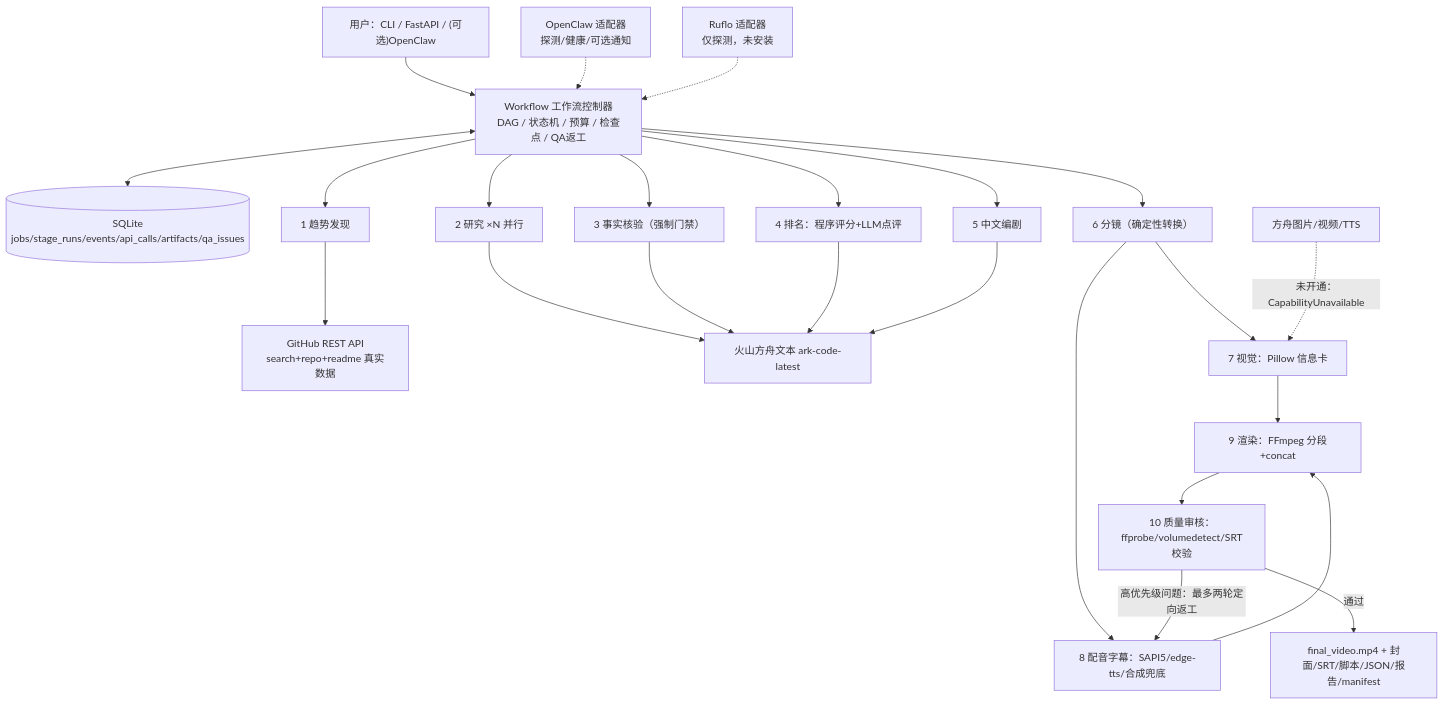
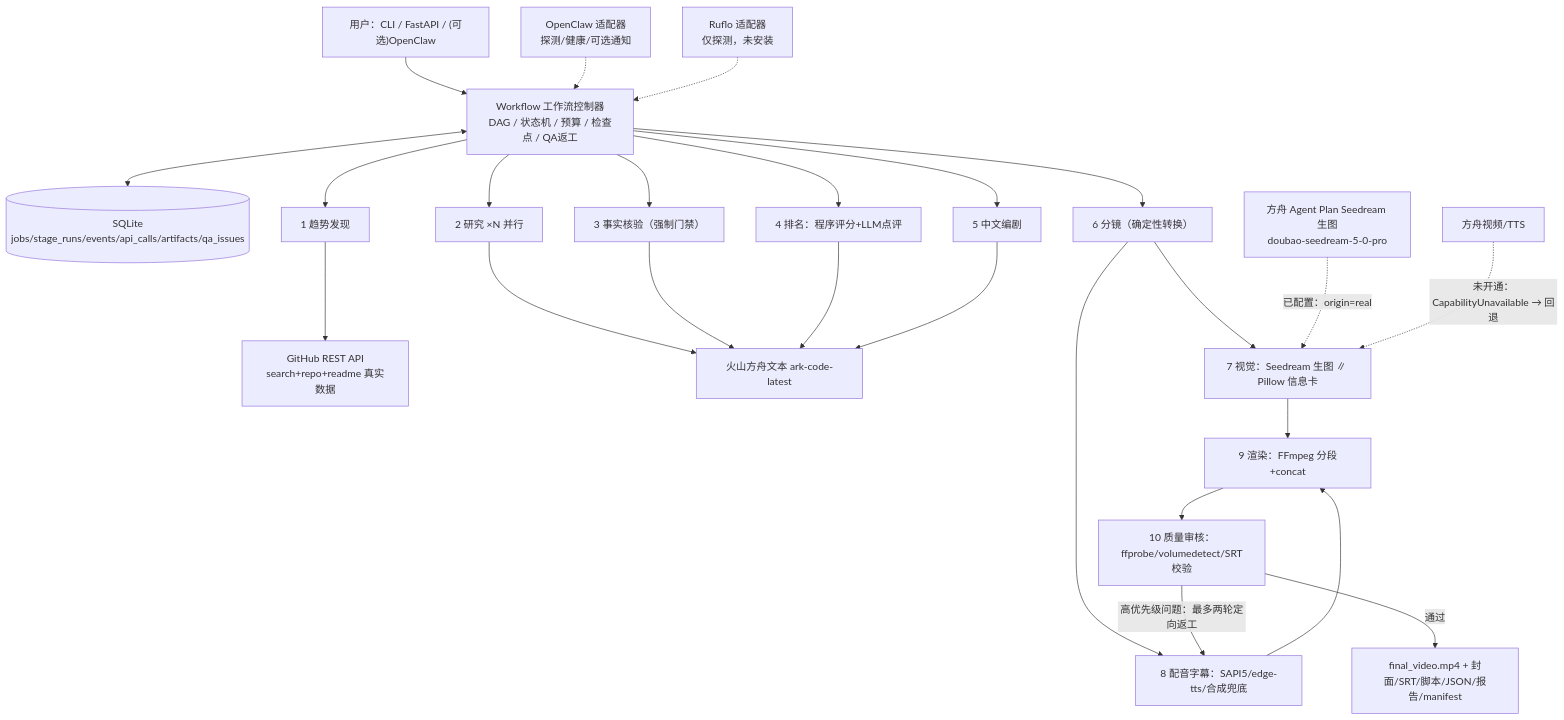
The diagram in docs/TECHNICAL_MANUAL.md (guosheng1530/github-top-5), drawn with Mermaid before and after one commit. The commit also changed other lines of this file and 14 other files, not shown here.

First line of the commit message:
release: v1.3.0 启用 Seedream 生图为 VisualAgent 默认画面来源

````diff
--- a/docs/TECHNICAL_MANUAL.md
+++ b/docs/TECHNICAL_MANUAL.md
@@ -62,22 +67,23 @@
 ```mermaid
 flowchart TB
   USER["用户：CLI / FastAPI / (可选)OpenClaw"] --> WF["Workflow 工作流控制器<br/>DAG / 状态机 / 预算 / 检查点 / QA返工"]
   WF <--> DB[("SQLite<br/>jobs/stage_runs/events/api_calls/artifacts/qa_issues")]
   WF --> DISC["1 趋势发现"] --> GH["GitHub REST API<br/>search+repo+readme 真实数据"]
   WF --> RES["2 研究 ×N 并行"]
   RES --> ARKT["火山方舟文本 ark-code-latest"]
   WF --> FACT["3 事实核验（强制门禁）"] --> ARKT
   WF --> RANK["4 排名：程序评分+LLM点评"] --> ARKT
   WF --> SCR["5 中文编剧"] --> ARKT
   WF --> STORY["6 分镜（确定性转换）"]
-  STORY --> VIS["7 视觉：Pillow 信息卡"]
+  STORY --> VIS["7 视觉：Seedream 生图 ∥ Pillow 信息卡"]
   STORY --> VOI["8 配音字幕：SAPI5/edge-tts/合成兜底"]
   VIS --> REND["9 渲染：FFmpeg 分段+concat"]
   VOI --> REND
   REND --> QA["10 质量审核：ffprobe/volumedetect/SRT校验"]
   QA -->|"高优先级问题：最多两轮定向返工"| VOI
   QA -->|"通过"| OUT["final_video.mp4 + 封面/SRT/脚本/JSON/报告/manifest"]
-  ARKM["方舟图片/视频/TTS"] -.->|"未开通：CapabilityUnavailable"| VIS
+  ARKI["方舟 Agent Plan Seedream 生图<br/>doubao-seedream-5-0-pro"] -.->|"已配置：origin=real"| VIS
+  ARKM["方舟视频/TTS"] -.->|"未开通：CapabilityUnavailable → 回退"| VIS
   OC["OpenClaw 适配器<br/>探测/健康/可选通知"] -.-> WF
   RF["Ruflo 适配器<br/>仅探测，未安装"] -.-> WF
 ```
````
